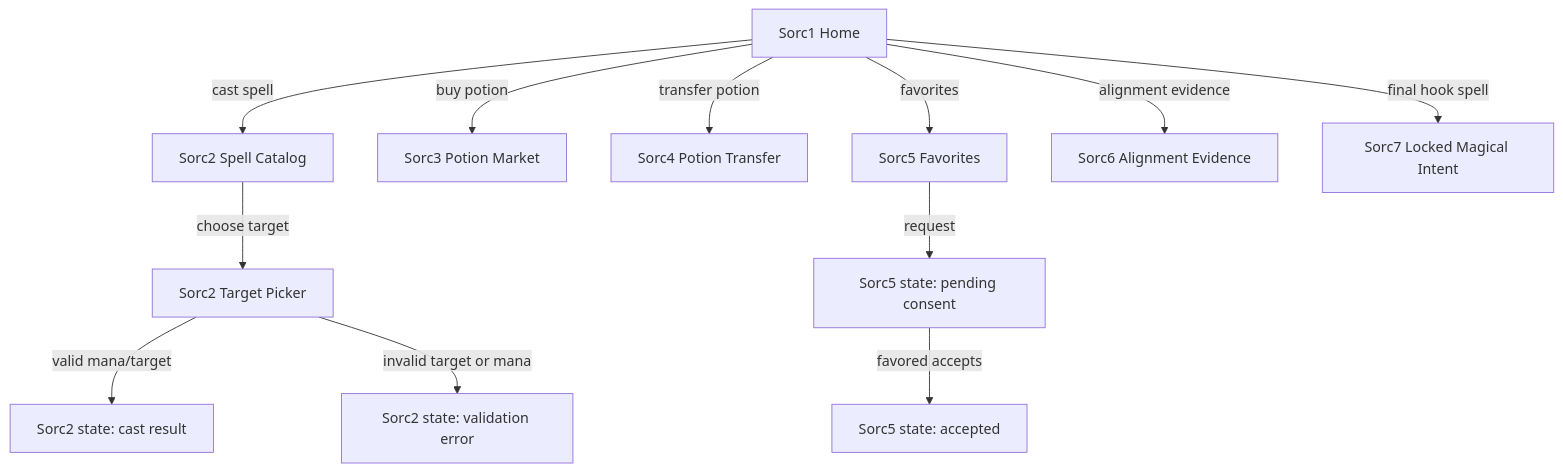
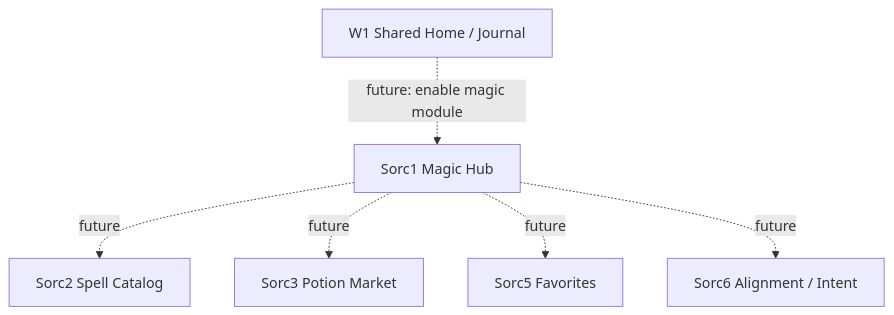
Before and after one commit to ianssensQ/Witcher-LARP: the third of 5 diagrams in docs/ui/stage2b-screen-map.md, drawn with Mermaid. The commit also changed other lines of this file and 27 other files, not shown here.

````diff
--- a/docs/ui/stage2b-screen-map.md
+++ b/docs/ui/stage2b-screen-map.md
@@ -59,14 +73,8 @@
 ```mermaid
 flowchart TD
-  S1["Sorc1 Home"] -->|"cast spell"| S2["Sorc2 Spell Catalog"]
-  S2 -->|"choose target"| S2T["Sorc2 Target Picker"]
-  S2T -->|"valid mana/target"| S2R["Sorc2 state: cast result"]
-  S2T -->|"invalid target or mana"| S2E["Sorc2 state: validation error"]
-  S1 -->|"buy potion"| S3["Sorc3 Potion Market"]
-  S1 -->|"transfer potion"| S4["Sorc4 Potion Transfer"]
-  S1 -->|"favorites"| S5["Sorc5 Favorites"]
-  S5 -->|"request"| S5P["Sorc5 state: pending consent"]
-  S5P -->|"favored accepts"| S5A["Sorc5 state: accepted"]
-  S1 -->|"alignment evidence"| S6["Sorc6 Alignment Evidence"]
-  S1 -->|"final hook spell"| S7["Sorc7 Locked Magical Intent"]
+  W1["W1 Shared Home / Journal"] -. "future: enable magic module" .-> S1["Sorc1 Magic Hub"]
+  S1 -. "future" .-> S2["Sorc2 Spell Catalog"]
+  S1 -. "future" .-> S3["Sorc3 Potion Market"]
+  S1 -. "future" .-> S5["Sorc5 Favorites"]
+  S1 -. "future" .-> S6["Sorc6 Alignment / Intent"]
 ```
````
